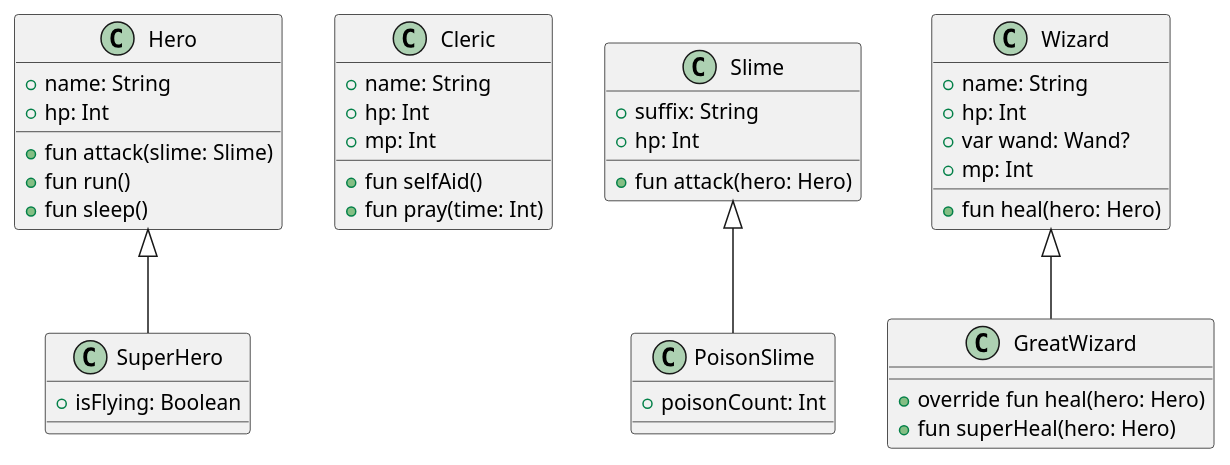
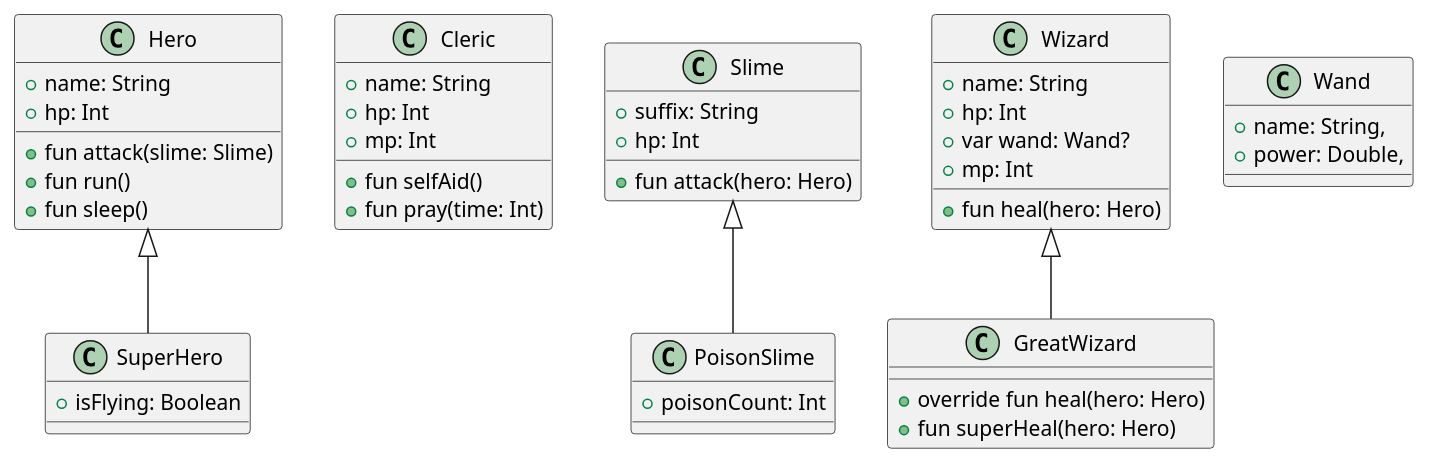
Before and after one commit to SurvivalCodingCampus/gangnam2_kotlin_study: the diagram in docs/Game.puml, drawn with PlantUML.

Commit message:
feat: 클래스 다이어그램 그리기

```diff
--- a/docs/Game.puml
+++ b/docs/Game.puml
@@ -1,51 +1,56 @@
 @startuml
 scale 1
 
 class Hero {
     + name: String
     + hp: Int
 
     + fun attack(slime: Slime)
     + fun run()
     + fun sleep()
 
 }
 
 class SuperHero extends Hero {
     + isFlying: Boolean
 }
 
 class Cleric {
     + name: String
     + hp: Int
     + mp: Int
 
     + fun selfAid()
     + fun pray(time: Int)
 }
 
 class Slime {
     + suffix: String
     + hp: Int
 
     + fun attack(hero: Hero)
 }
 
 class PoisonSlime extends Slime {
     + poisonCount: Int
 }
 
 class Wizard {
     + name: String
     + hp: Int
     + var wand: Wand?
     + mp: Int
 
     + fun heal(hero: Hero)
 }
 
 class GreatWizard extends Wizard{
     + override fun heal(hero: Hero)
     + fun superHeal(hero: Hero)
 }
+
+class Wand {
+    + name: String,
+    + power: Double,
+}
 @enduml
```
